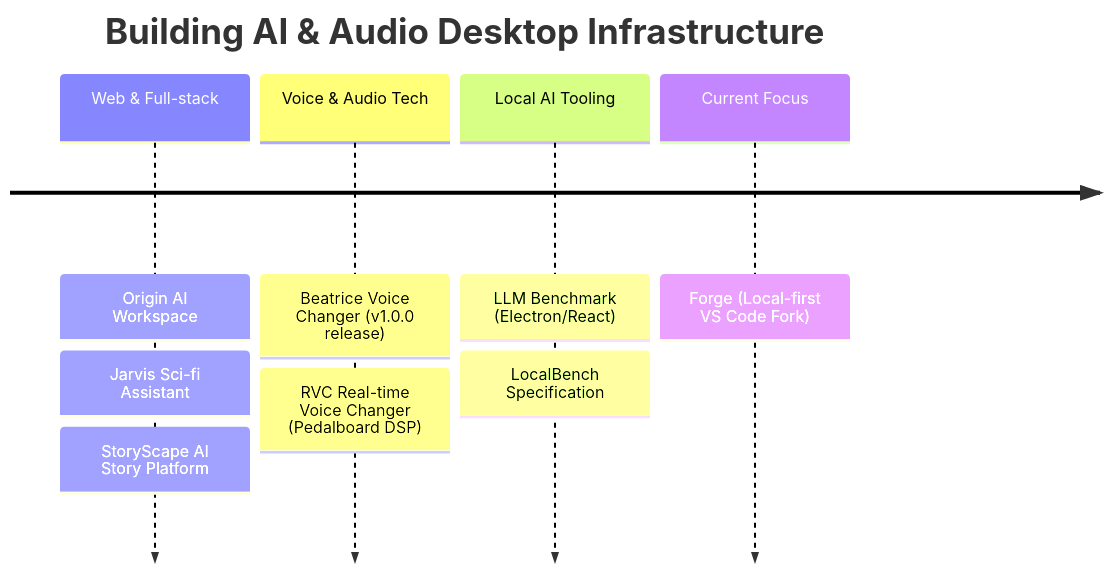
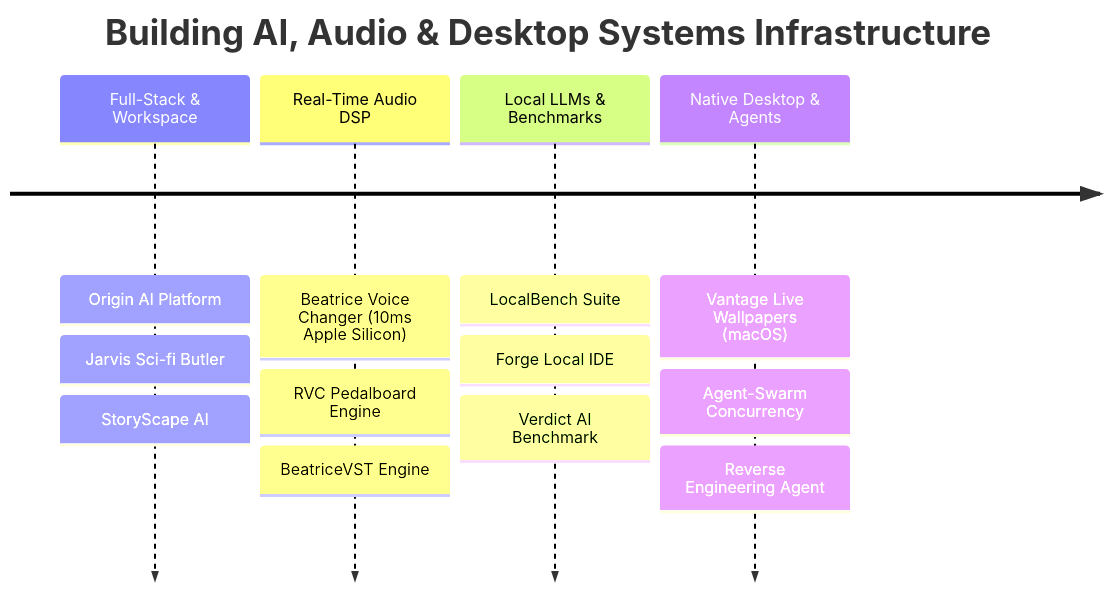
One commit to satiricalguru/satiricalguru changed the diagram in README.md. Above: the diagram before and after it, drawn with Mermaid. The commit also changed other lines of this file, not shown here.

Commit message:
Update profile README to latest 2026 project suite (Vantage, Forge, Beatrice, Verdict, Agent-Swarm)

````diff
--- a/README.md
+++ b/README.md
@@ -34,8 +35,8 @@
 ```mermaid
 timeline
-    title Building AI & Audio Desktop Infrastructure
-    Web & Full-stack : Origin AI Workspace : Jarvis Sci-fi Assistant : StoryScape AI Story Platform
-    Voice & Audio Tech : Beatrice Voice Changer (v1.0.0 release) : RVC Real-time Voice Changer (Pedalboard DSP)
-    Local AI Tooling : LLM Benchmark (Electron/React) : LocalBench Specification
-    Current Focus : Forge (Local-first VS Code Fork)
+    title Building AI, Audio & Desktop Systems Infrastructure
+    Full-Stack & Workspace : Origin AI Platform : Jarvis Sci-fi Butler : StoryScape AI
+    Real-Time Audio DSP : Beatrice Voice Changer (10ms Apple Silicon) : RVC Pedalboard Engine : BeatriceVST Engine
+    Local LLMs & Benchmarks : LocalBench Suite : Forge Local IDE : Verdict AI Benchmark
+    Native Desktop & Agents : Vantage Live Wallpapers (macOS) : Agent-Swarm Concurrency : Reverse Engineering Agent
 ```
````
